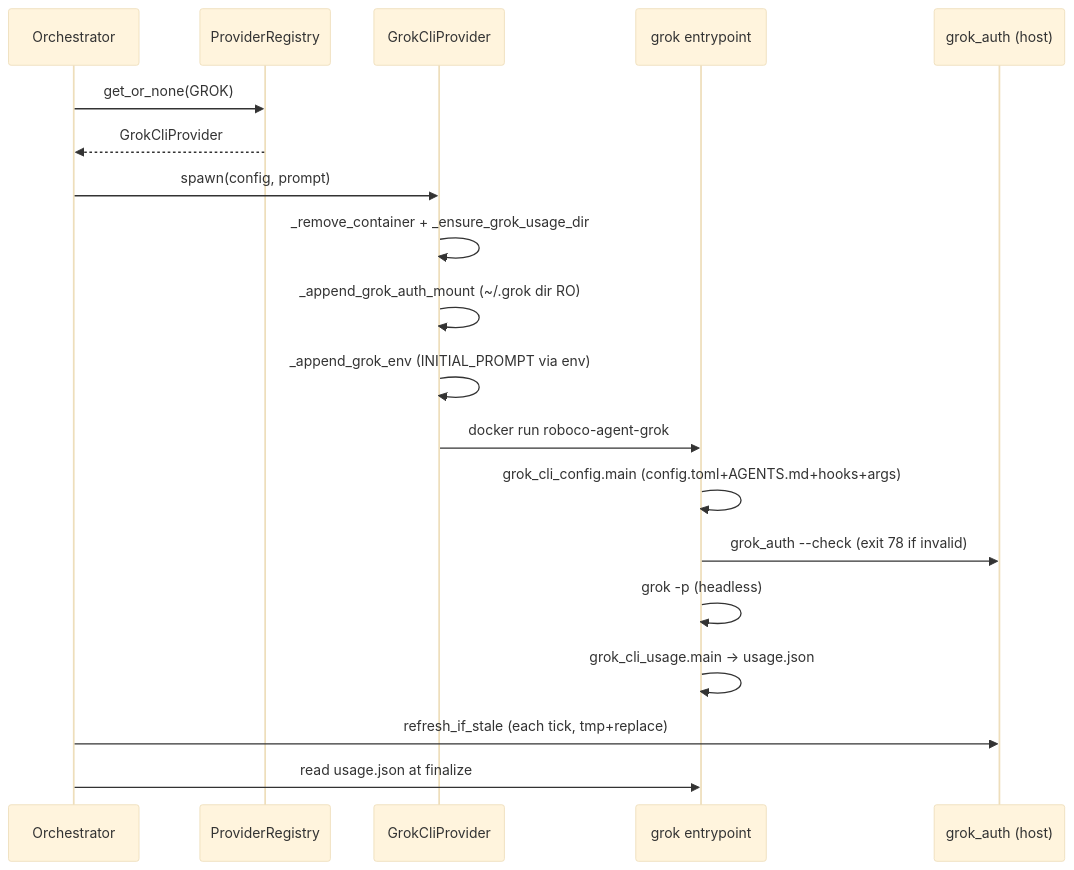
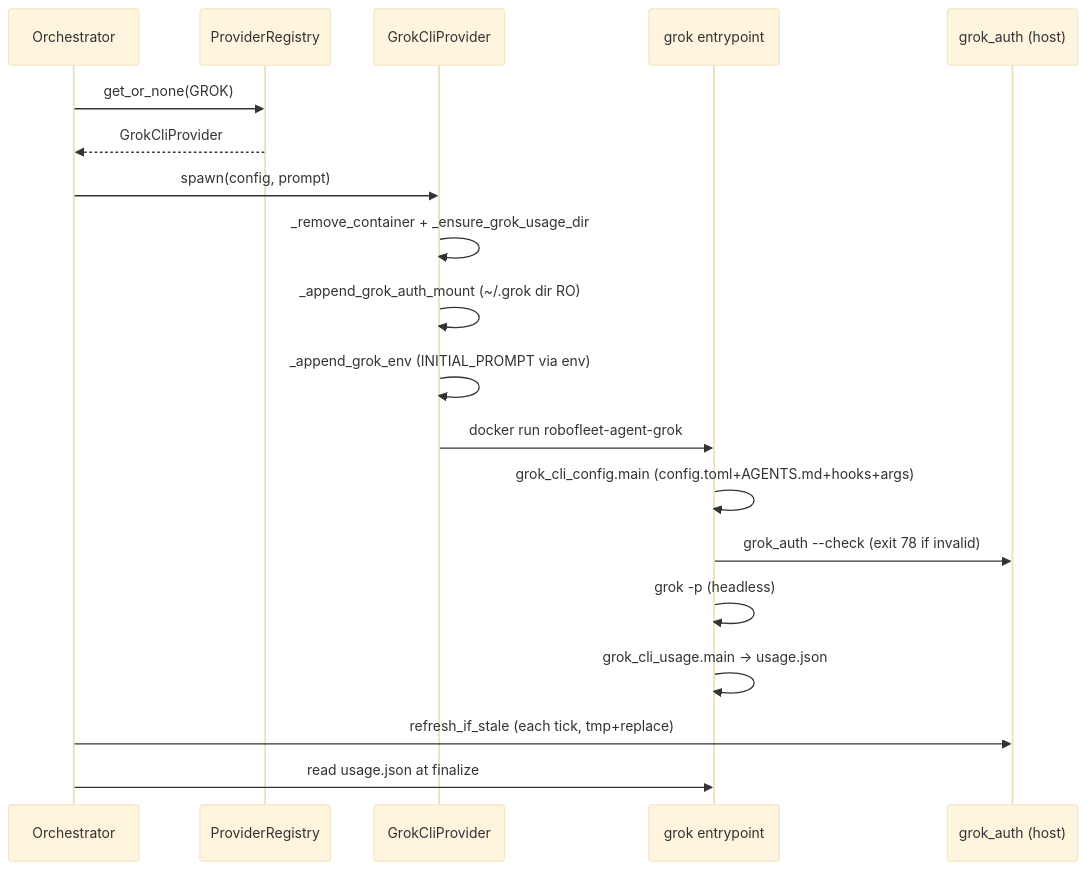
Before and after one commit to rennf93/robo-fleet: the second of 2 diagrams in docs/map/runtime-providers.md, drawn with Mermaid (base theme). The commit also changed other lines of this file and 169 other files, not shown here.

````diff
--- a/docs/map/runtime-providers.md
+++ b/docs/map/runtime-providers.md
@@ -252,21 +252,21 @@
 ```mermaid
     sequenceDiagram
         participant O as Orchestrator
         participant R as ProviderRegistry
         participant G as GrokCliProvider
         participant E as grok entrypoint
         participant A as grok_auth (host)
         O->>R: get_or_none(GROK)
         R-->>O: GrokCliProvider
         O->>G: spawn(config, prompt)
         G->>G: _remove_container + _ensure_grok_usage_dir
         G->>G: _append_grok_auth_mount (~/.grok dir RO)
         G->>G: _append_grok_env (INITIAL_PROMPT via env)
-        G->>E: docker run roboco-agent-grok
+        G->>E: docker run robofleet-agent-grok
         E->>E: grok_cli_config.main (config.toml+AGENTS.md+hooks+args)
         E->>A: grok_auth --check (exit 78 if invalid)
         E->>E: grok -p (headless)
         E->>E: grok_cli_usage.main -> usage.json
         O->>A: refresh_if_stale (each tick, tmp+replace)
         O->>E: read usage.json at finalize
 ```
````
